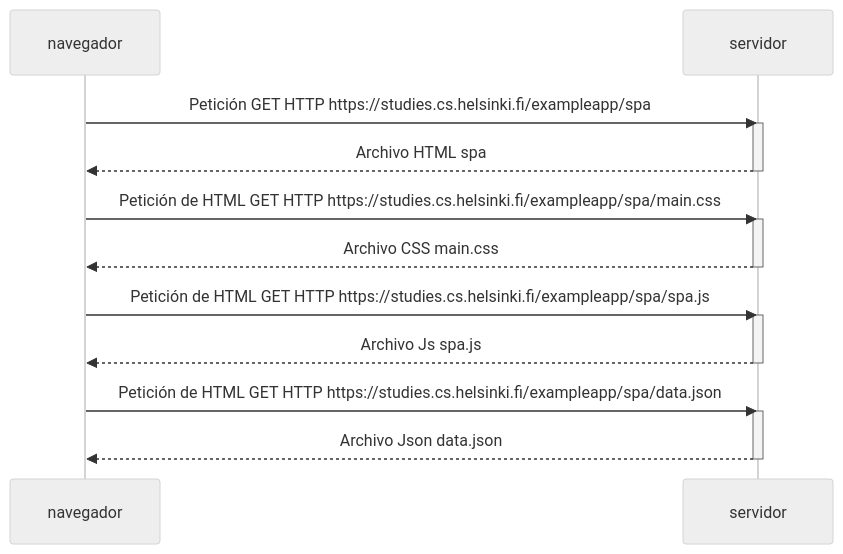
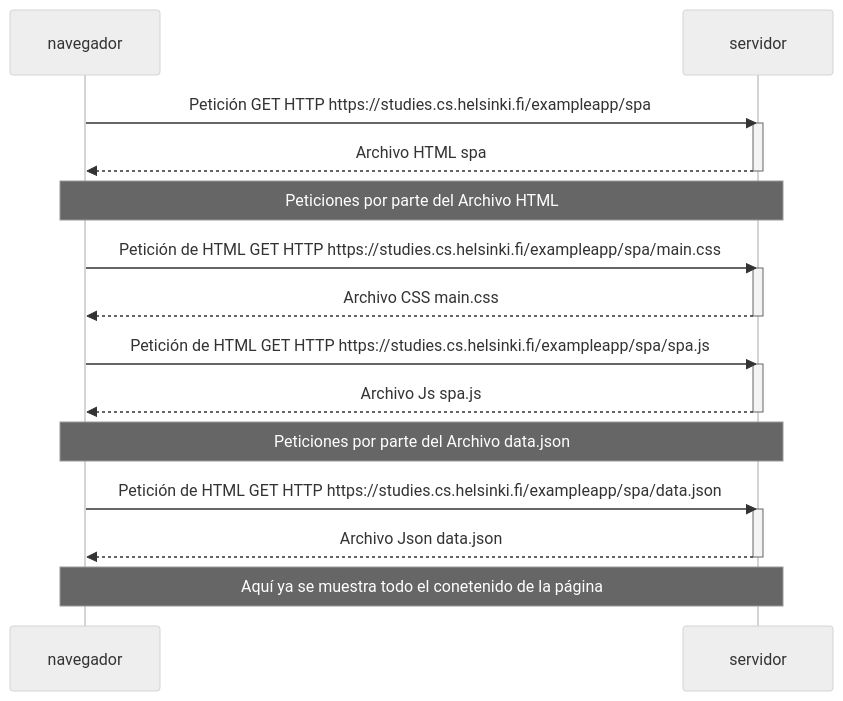
The diagram in Parte 0/Ejercicio_0.5.md (eljuanjo08/FullStackOpen), drawn with Mermaid (neutral theme) before and after one commit.

````diff
--- a/Parte 0/Ejercicio_0.5.md
+++ b/Parte 0/Ejercicio_0.5.md
@@ -5,26 +5,31 @@
 ```mermaid
   sequenceDiagram
     participant navegador
     participant servidor
 
     navegador->>servidor: Petición GET HTTP https://studies.cs.helsinki.fi/exampleapp/spa
     activate servidor
     servidor-->>navegador: Archivo HTML spa
     deactivate servidor
+
+    Note over navegador,servidor: Peticiones por parte del Archivo HTML
 
     navegador->>servidor: Petición de HTML GET HTTP https://studies.cs.helsinki.fi/exampleapp/spa/main.css
     activate servidor
     servidor-->>navegador: Archivo CSS main.css
     deactivate servidor
 
     navegador->>servidor: Petición de HTML GET HTTP https://studies.cs.helsinki.fi/exampleapp/spa/spa.js
     activate servidor
     servidor-->>navegador: Archivo Js spa.js
     deactivate servidor
 
+    Note over navegador,servidor: Peticiones por parte del Archivo data.json
+
     navegador->>servidor: Petición de HTML GET HTTP https://studies.cs.helsinki.fi/exampleapp/spa/data.json
     activate servidor
     servidor-->>navegador: Archivo Json data.json
     deactivate servidor
 
+    Note over navegador,servidor: Aquí ya se muestra todo el conetenido de la página
 ```
````
